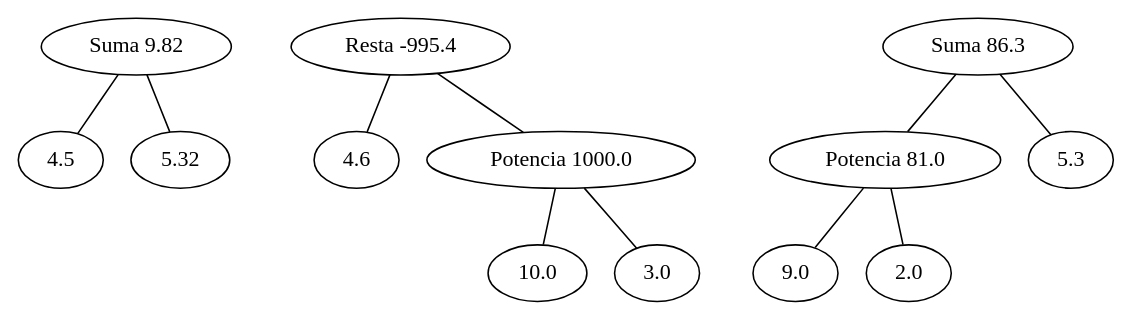
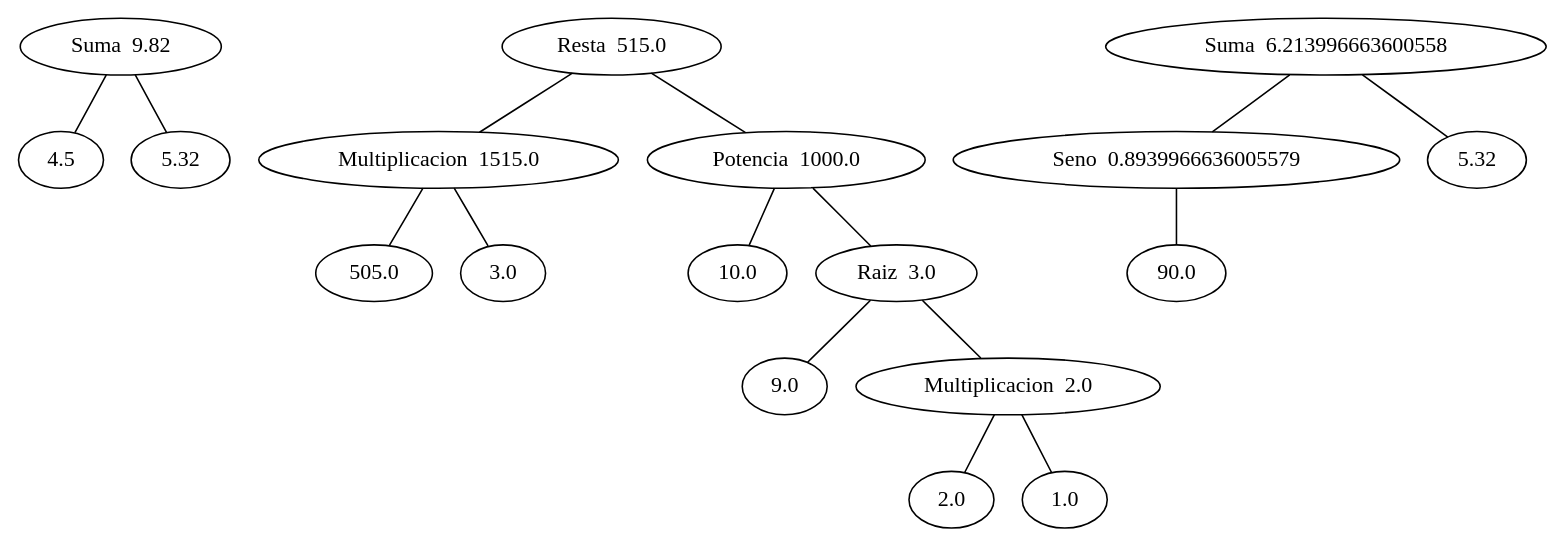
One commit to GersonOtoniel/-LFP-Proyecto1_202000774 changed the diagram in LFP_Proyecto1_202000774/ejemplografica.dot. Above: the diagram before and after it, drawn with Graphviz. The commit also changed 7 other files, not shown here.

```diff
--- a/LFP_Proyecto1_202000774/ejemplografica.dot
+++ b/LFP_Proyecto1_202000774/ejemplografica.dot
@@ -1,6 +1,29 @@
 
             graph{
             
-             subgraph s0  { "Suma 9.82"   "Suma 9.82"  --  4.5    "Suma 9.82" --5.32 } subgraph s1  { "Resta -995.4"   "Resta -995.4"  --  4.6    "Resta -995.4" --  "Potencia 1000.0"      "Potencia 1000.0"  --  10.0   
-   "Potencia 1000.0" --3.0  } subgraph s2  { "Suma 86.3"   "Suma 86.3"  --   "Potencia 81.0"     "Suma 86.3" --5.3    "Potencia 81.0"  --  9.0   
-   "Potencia 81.0" --2.0  }}
+             subgraph s0  { n100[label="Suma  9.82"]  n100--n200  n100--n300  n200[label = "4.5"]  n300[label = "5.32"] } subgraph s1  { n101[label="Resta  515.0"]  n101--n102  n101--n103  n102[label="Multiplicacion  1515.0"]  n103[label="Potencia  1000.0"]   n103--n202  
+  n103--n104  
+   n104--n203  
+  n104--n105  
+   n105--n204  
+  n105--n302  
+  
+  
+ n204[label = "2.0"]  
+  n302[label = "1.0"]   
+  
+ n203[label = "9.0"]  
+  n105[label="Multiplicacion  2.0"]   
+  
+ n202[label = "10.0"]  
+  n104[label="Raiz  3.0"]    n102--n201  
+  n102--n301  
+ 
+  
+ n201[label = "505.0"]  
+  n301[label = "3.0"]  } subgraph s2  { n106[label="Suma  6.213996663600558"]  n106--n107  n106--n303  n107[label="Seno  0.8939966636005579"]  n303[label = "5.32"]   n107--n205  
+  
+ 
+  
+ n205[label = "90.0"]  
+  }}
```
